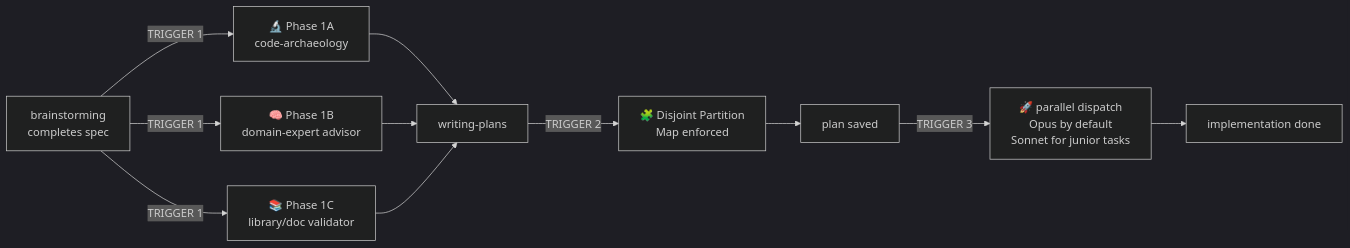
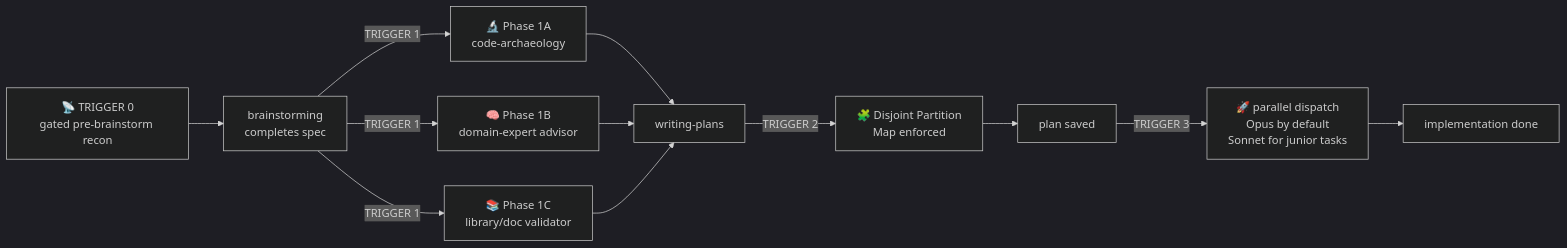
The diagram in skills/compound-v/SKILL.md (procoders/superpowers-v), drawn with Mermaid (dark theme) before and after one commit. The commit also changed other lines of this file and 2 other files, not shown here.

Commit message:
feat(skill): Trigger 0 wiring — description (467/500), fire rules, overrides, dir tree, hooks [task-3, scope PASS]

````diff
--- a/skills/compound-v/SKILL.md
+++ b/skills/compound-v/SKILL.md
@@ -61,13 +65,14 @@
 ```mermaid
 flowchart LR
+    Z[📡 TRIGGER 0<br/>gated pre-brainstorm recon] --> A
     A[brainstorming<br/>completes spec] -->|TRIGGER 1| B1[🔬 Phase 1A<br/>code-archaeology]
     A -->|TRIGGER 1| B2[🧠 Phase 1B<br/>domain-expert advisor]
     A -->|TRIGGER 1| B3[📚 Phase 1C<br/>library/doc validator]
     B1 --> C[writing-plans]
     B2 --> C
     B3 --> C
     C -->|TRIGGER 2| D[🧩 Disjoint Partition<br/>Map enforced]
     D --> E[plan saved]
     E -->|TRIGGER 3| F[🚀 parallel dispatch<br/>Opus by default<br/>Sonnet for junior tasks]
     F --> G[implementation done]
 ```
````
